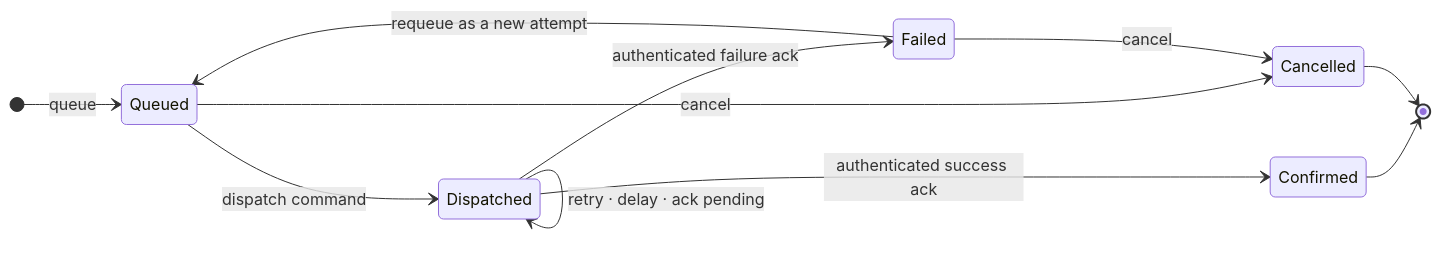
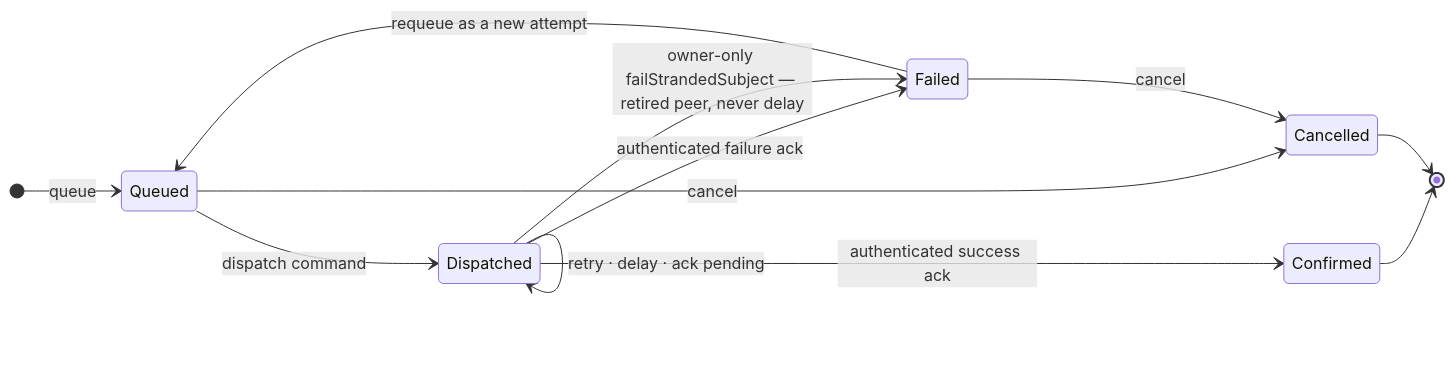
Diagram 33 of 43 in .plans/active/commitment-pooling/diagrams.md (greenpill-dev-guild/green-goods), drawn with Mermaid before and after one commit. The commit also changed other lines of this file and 6 other files, not shown here.

First line of the commit message:
docs(commitment-pooling): realign the architecture tab with the merged contracts

````diff
--- a/.plans/active/commitment-pooling/diagrams.md
+++ b/.plans/active/commitment-pooling/diagrams.md
@@ -1998,14 +2030,15 @@
 ```mermaid
 stateDiagram-v2
   direction LR
   [*] --> Queued : queue
   Queued --> Dispatched : dispatch command
   Dispatched --> Dispatched : retry · delay · ack pending
   Dispatched --> Confirmed : authenticated success ack
   Dispatched --> Failed : authenticated failure ack
+  Dispatched --> Failed : owner-only failStrandedSubject — retired peer, never delay
   Failed --> Queued : requeue as a new attempt
   Queued --> Cancelled : cancel
   Failed --> Cancelled : cancel
   Confirmed --> [*]
   Cancelled --> [*]
 ```
````
